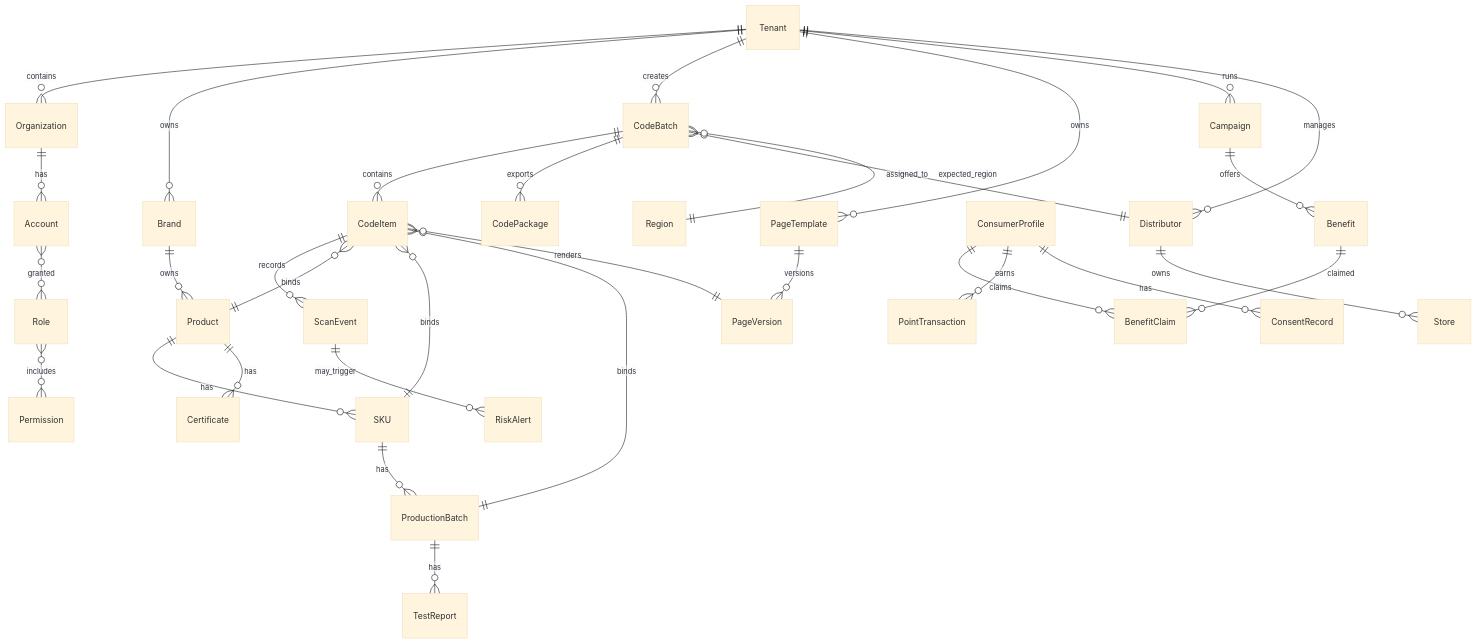
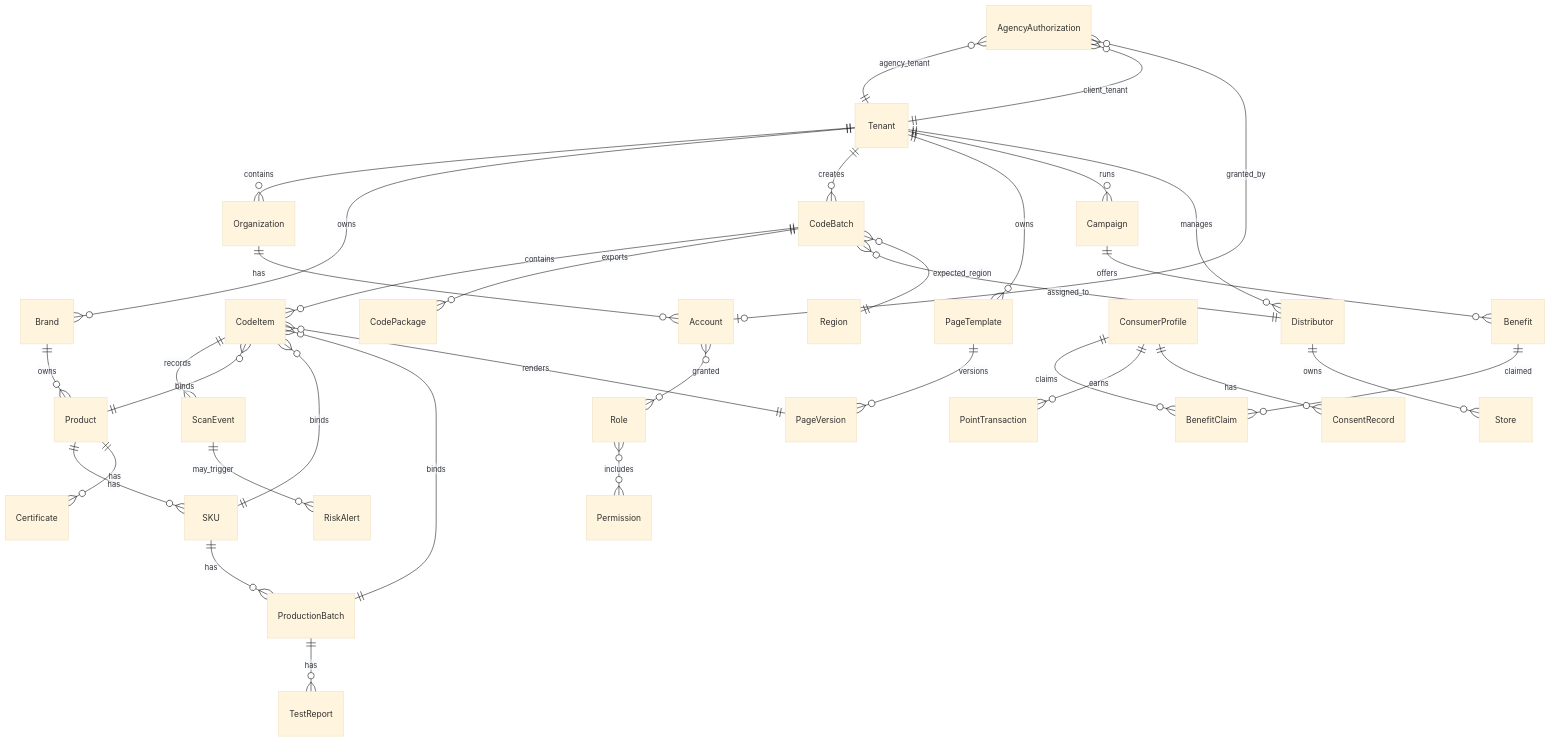
One commit to dingshanliang/yimatong changed the first of 3 diagrams in docs/02_tech/DATA_MODEL.md. Above: the diagram before and after it, drawn with Mermaid (base theme). The commit also changed other lines of this file and 61 other files, not shown here.

First line of the commit message:
feat(agency): add agency authorization system with client context switching

````diff
--- a/docs/02_tech/DATA_MODEL.md
+++ b/docs/02_tech/DATA_MODEL.md
@@ -5,40 +5,44 @@
 ```mermaid
 erDiagram
   Tenant ||--o{ Organization : contains
   Organization ||--o{ Account : has
   Account }o--o{ Role : granted
   Role }o--o{ Permission : includes
 
   Tenant ||--o{ Brand : owns
   Brand ||--o{ Product : owns
   Product ||--o{ SKU : has
   SKU ||--o{ ProductionBatch : has
   Product ||--o{ Certificate : has
   ProductionBatch ||--o{ TestReport : has
 
   Tenant ||--o{ CodeBatch : creates
   CodeBatch ||--o{ CodeItem : contains
   CodeBatch ||--o{ CodePackage : exports
   CodeItem ||--o{ ScanEvent : records
   CodeItem }o--|| Product : binds
   CodeItem }o--|| SKU : binds
   CodeItem }o--|| ProductionBatch : binds
 
   Tenant ||--o{ PageTemplate : owns
   PageTemplate ||--o{ PageVersion : versions
   CodeItem }o--|| PageVersion : renders
 
   Tenant ||--o{ Campaign : runs
   Campaign ||--o{ Benefit : offers
   Benefit ||--o{ BenefitClaim : claimed
   ConsumerProfile ||--o{ BenefitClaim : claims
   ConsumerProfile ||--o{ PointTransaction : earns
 
   Tenant ||--o{ Distributor : manages
   Distributor ||--o{ Store : owns
   CodeBatch }o--|| Distributor : assigned_to
   CodeBatch }o--|| Region : expected_region
 
   ScanEvent ||--o{ RiskAlert : may_trigger
   ConsumerProfile ||--o{ ConsentRecord : has
+
+  AgencyAuthorization }o--|| Tenant : "agency_tenant"
+  AgencyAuthorization }o--|| Tenant : "client_tenant"
+  AgencyAuthorization }o--o| Account : "granted_by"
 ```
````
